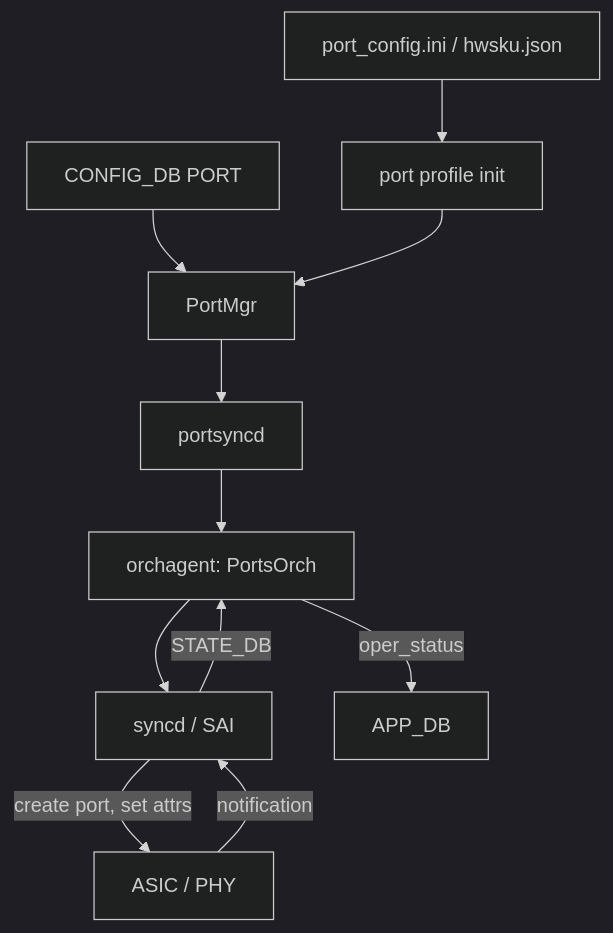
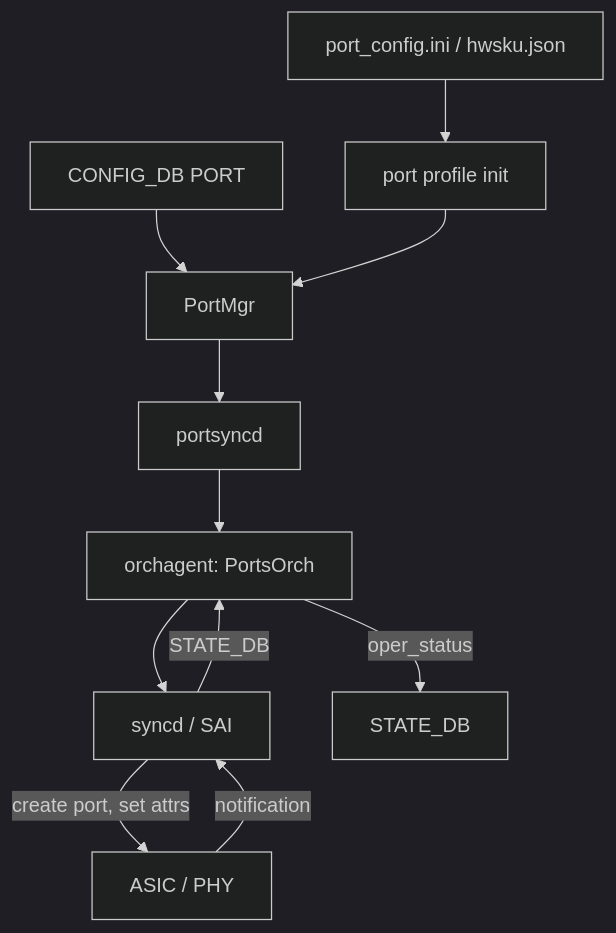
Before and after one commit to aoki-taquan/sonic-unofficial-docs: the diagram in docs/topics/14-platform-port-optics/architecture.md, drawn with Mermaid (dark theme). The commit also changed 18 other files, not shown here.

````diff
--- a/docs/topics/14-platform-port-optics/architecture.md
+++ b/docs/topics/14-platform-port-optics/architecture.md
@@ -40,13 +40,13 @@
 ```mermaid
 flowchart TD
   PC[port_config.ini / hwsku.json] --> PR[port profile init]
   CFG[CONFIG_DB PORT] --> PM[PortMgr]
   PR --> PM
   PM --> PS[portsyncd]
   PS --> OA[orchagent: PortsOrch]
   OA --> SAI[syncd / SAI]
   SAI -->|create port, set attrs| ASIC[ASIC / PHY]
   ASIC -->|notification| SAI
   SAI -->|STATE_DB| OA
-  OA -->|oper_status| APP[APP_DB]
+  OA -->|oper_status| ST[STATE_DB]
 ```
````
